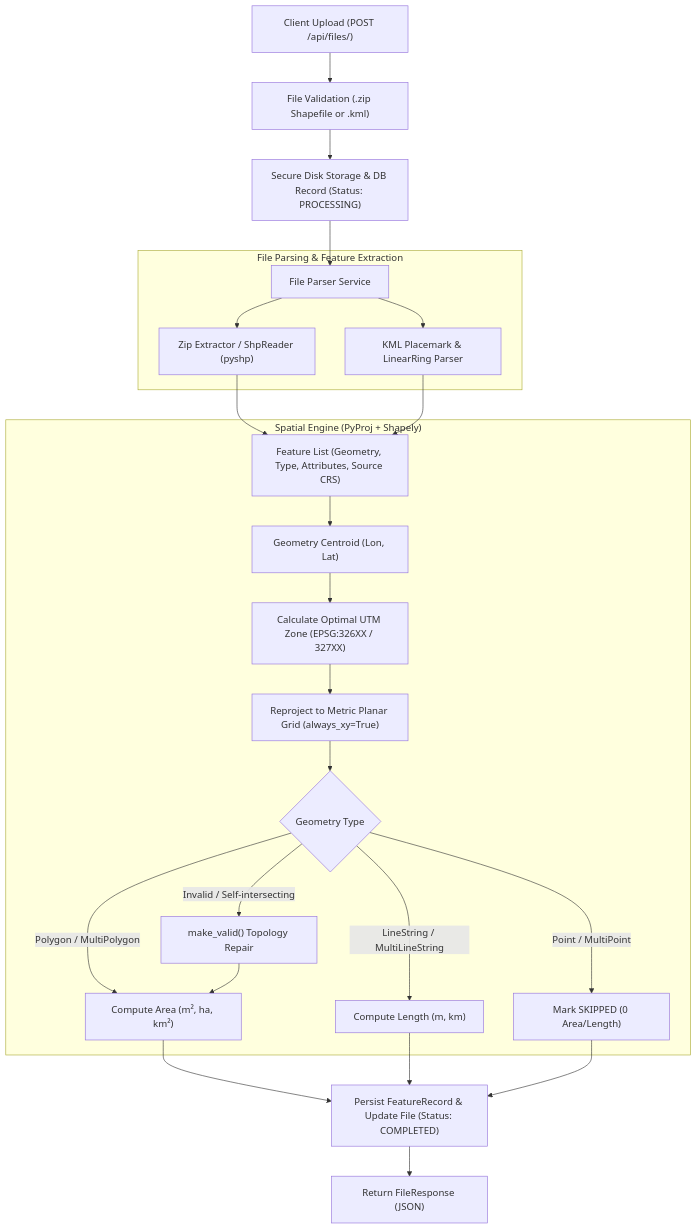
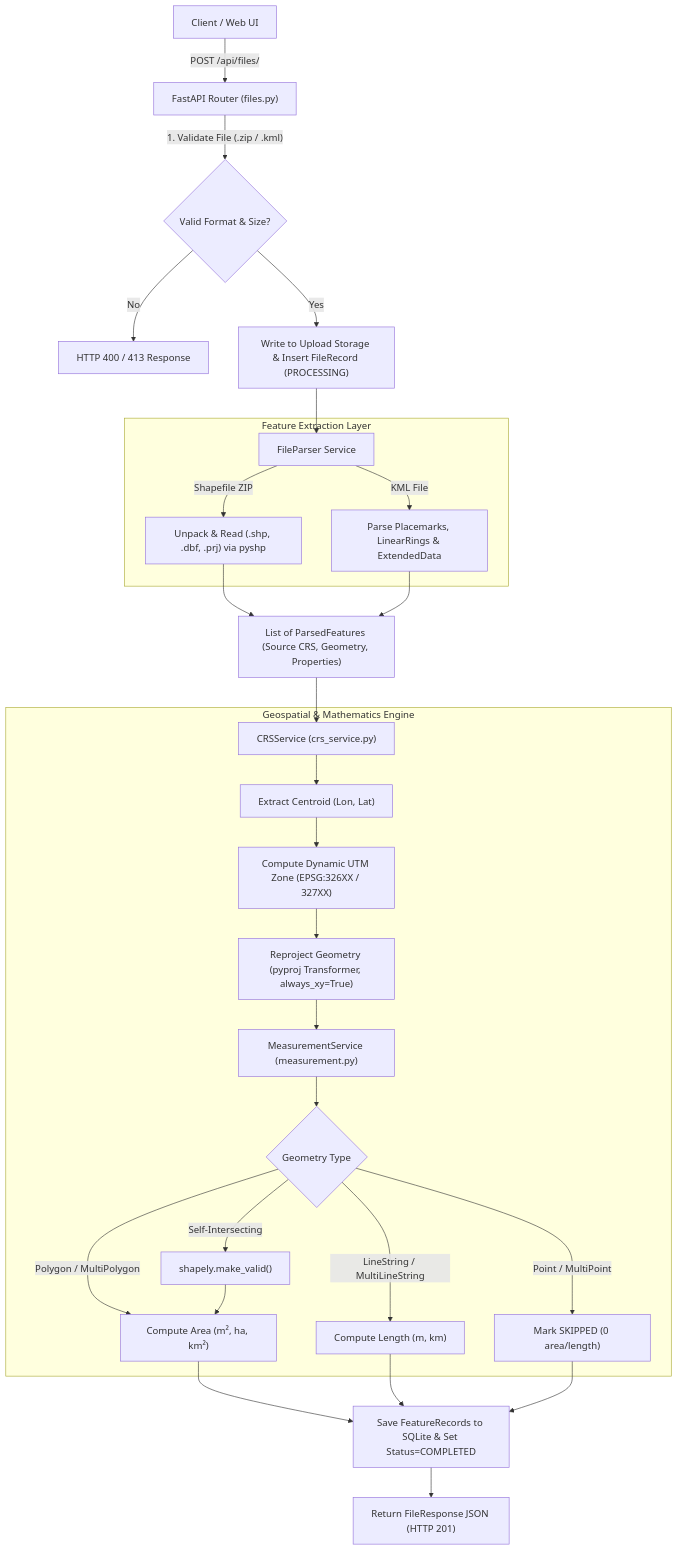
Before and after one commit to GopikaArumugam/aereo-geospatial-file-measurement: the first of 2 diagrams in README.md, drawn with Mermaid. The commit also changed other lines of this file, not shown here.

Commit message:
docs: enrich README with requirements traceability matrix, sequence diagrams, and mathematical derivations

````diff
--- a/README.md
+++ b/README.md
@@ -74,33 +103,35 @@
 ```mermaid
 flowchart TD
-    A["Client Upload (POST /api/files/)"] --> B["File Validation (.zip Shapefile or .kml)"]
-    B --> C["Secure Disk Storage & DB Record (Status: PROCESSING)"]
-    C --> D["File Parser Service"]
+    Client["Client / Web UI"] -->|"POST /api/files/"| API["FastAPI Router (files.py)"]
+    API -->|"1. Validate File (.zip / .kml)"| Val{"Valid Format & Size?"}
+    Val -->|"No"| Err["HTTP 400 / 413 Response"]
+    Val -->|"Yes"| Disk["Write to Upload Storage & Insert FileRecord (PROCESSING)"]
     
-    subgraph Parsing ["File Parsing & Feature Extraction"]
-        D1["Zip Extractor / ShpReader (pyshp)"]
-        D2["KML Placemark & LinearRing Parser"]
-        D --> D1
-        D --> D2
+    Disk --> Parser["FileParser Service"]
+    subgraph Extraction ["Feature Extraction Layer"]
+        Parser -->|"Shapefile ZIP"| Shp["Unpack & Read (.shp, .dbf, .prj) via pyshp"]
+        Parser -->|"KML File"| Kml["Parse Placemarks, LinearRings & ExtendedData"]
     end
     
-    D1 --> E["Feature List (Geometry, Type, Attributes, Source CRS)"]
-    D2 --> E
+    Shp --> RawGeom["List of ParsedFeatures (Source CRS, Geometry, Properties)"]
+    Kml --> RawGeom
     
-    subgraph SpatialEngine ["Spatial Engine (PyProj + Shapely)"]
-        E --> F["Geometry Centroid (Lon, Lat)"]
-        F --> G["Calculate Optimal UTM Zone (EPSG:326XX / 327XX)"]
-        G --> H["Reproject to Metric Planar Grid (always_xy=True)"]
-        H --> I{"Geometry Type"}
-        I -->|"Polygon / MultiPolygon"| J["Compute Area (m², ha, km²)"]
-        I -->|"LineString / MultiLineString"| K["Compute Length (m, km)"]
-        I -->|"Point / MultiPoint"| L["Mark SKIPPED (0 Area/Length)"]
-        I -->|"Invalid / Self-intersecting"| M["make_valid() Topology Repair"]
-        M --> J
+    RawGeom --> CRS["CRSService (crs_service.py)"]
+    subgraph GeoEngine ["Geospatial & Mathematics Engine"]
+        CRS --> Centroid["Extract Centroid (Lon, Lat)"]
+        Centroid --> UTMCalc["Compute Dynamic UTM Zone (EPSG:326XX / 327XX)"]
+        UTMCalc --> Reproj["Reproject Geometry (pyproj Transformer, always_xy=True)"]
+        Reproj --> MeasEngine["MeasurementService (measurement.py)"]
+        
+        MeasEngine --> GeomCheck{"Geometry Type"}
+        GeomCheck -->|"Polygon / MultiPolygon"| Area["Compute Area (m², ha, km²)"]
+        GeomCheck -->|"LineString / MultiLineString"| Len["Compute Length (m, km)"]
+        GeomCheck -->|"Point / MultiPoint"| Skip["Mark SKIPPED (0 area/length)"]
+        GeomCheck -->|"Self-Intersecting"| Fix["shapely.make_valid()"] --> Area
     end
     
-    J --> N["Persist FeatureRecord & Update File (Status: COMPLETED)"]
-    K --> N
-    L --> N
-    N --> O["Return FileResponse (JSON)"]
+    Area --> Persist["Save FeatureRecords to SQLite & Set Status=COMPLETED"]
+    Len --> Persist
+    Skip --> Persist
+    Persist --> Res["Return FileResponse JSON (HTTP 201)"]
 ```
````
